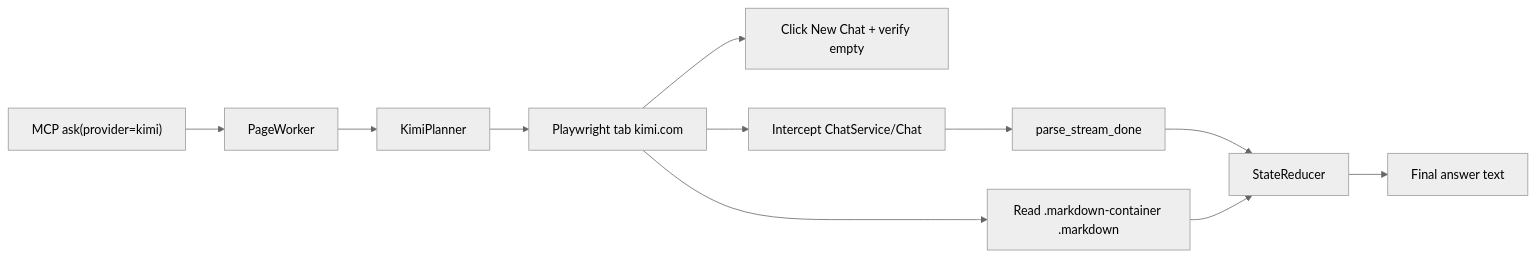
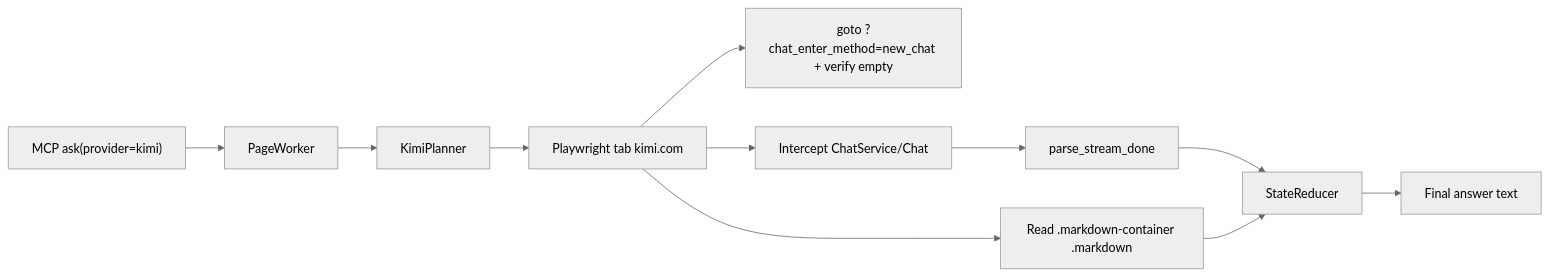
Before and after one commit to scriptkid23/ai-router: the diagram in docs/superpowers/specs/2026-07-19-kimi-provider-design.md, drawn with Mermaid (neutral theme). The commit also changed other lines of this file, not shown here.

First line of the commit message:
Update Kimi spec with new-chat URL and simplified planner flow.

````diff
--- a/docs/superpowers/specs/2026-07-19-kimi-provider-design.md
+++ b/docs/superpowers/specs/2026-07-19-kimi-provider-design.md
@@ -26,13 +26,13 @@
 ```mermaid
 flowchart LR
     MCP["MCP ask(provider=kimi)"] --> Worker["PageWorker"]
     Worker --> Planner["KimiPlanner"]
     Planner --> Browser["Playwright tab kimi.com"]
-    Browser --> NewChat["Click New Chat + verify empty"]
+    Browser --> NewChat["goto ?chat_enter_method=new_chat + verify empty"]
     Browser --> Connect["Intercept ChatService/Chat"]
     Browser --> DOM["Read .markdown-container .markdown"]
     Connect --> Parser["parse_stream_done"]
     Parser --> Reducer["StateReducer"]
     DOM --> Reducer
     Reducer --> Answer["Final answer text"]
 ```
````
